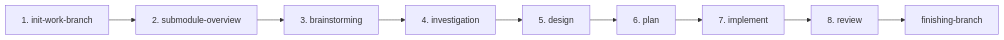
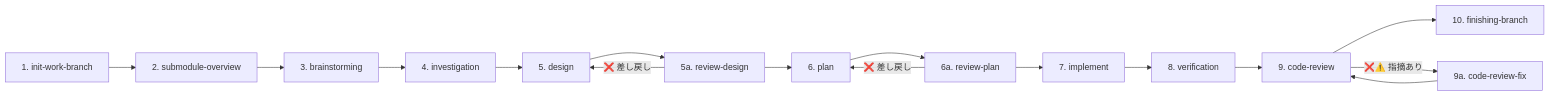
The first of 4 diagrams in README.md (NagasakaH/dev-process), drawn with Mermaid before and after one commit. The commit also changed other lines of this file and 13 other files, not shown here.

````diff
--- a/README.md
+++ b/README.md
@@ -47,11 +47,19 @@
 ```mermaid
 flowchart LR
     init[1. init-work-branch] --> overview[2. submodule-overview]
     overview --> brainstorm[3. brainstorming]
     brainstorm --> investigation[4. investigation]
     investigation --> design[5. design]
-    design --> plan[6. plan]
-    plan --> implement[7. implement]
-    implement --> review[8. review]
-    review --> finish[finishing-branch]
+    design --> review_d[5a. review-design]
+    review_d --> plan[6. plan]
+    plan --> review_p[6a. review-plan]
+    review_p --> implement[7. implement]
+    implement --> verification[8. verification]
+    verification --> code_review[9. code-review]
+    code_review --> finish[10. finishing-branch]
+    
+    review_d -->|❌ 差し戻し| design
+    review_p -->|❌ 差し戻し| plan
+    code_review -->|❌⚠️ 指摘あり| code_review_fix[9a. code-review-fix]
+    code_review_fix --> code_review
 ```
````
